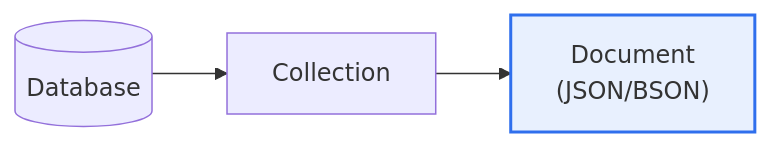
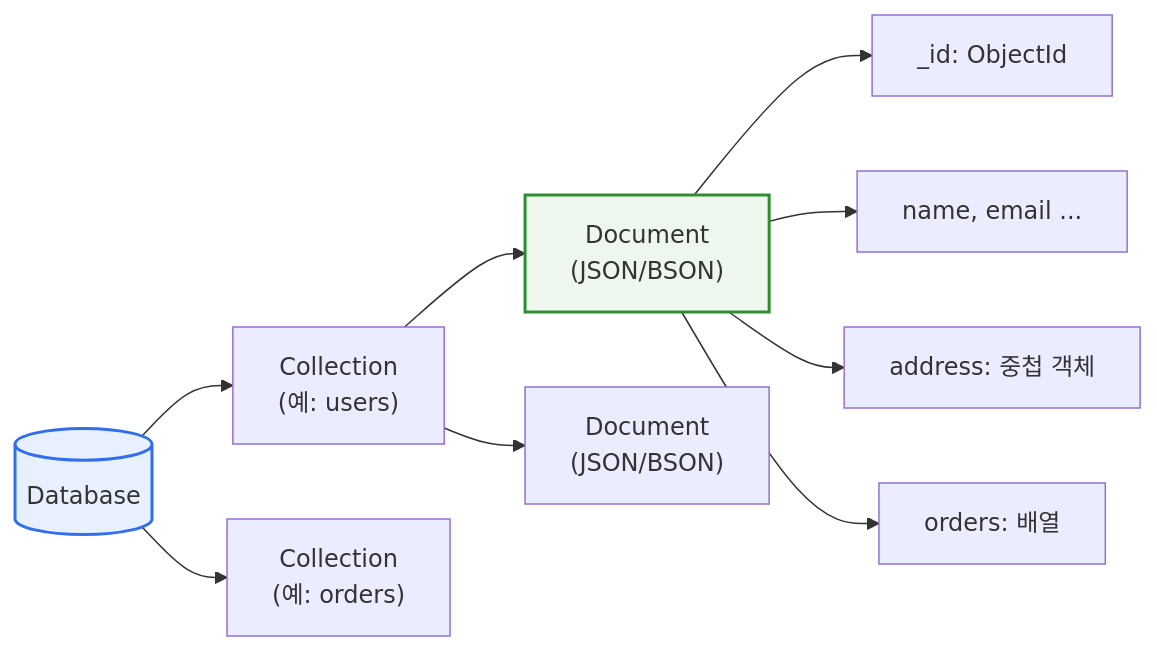
Before and after one commit to coninggu/wjdqhrhksflrltnftk: the first of 2 diagrams in content/mongodb.md, drawn with Mermaid. The commit also changed other lines of this file and 3 other files, not shown here.

````diff
--- a/content/mongodb.md
+++ b/content/mongodb.md
@@ -15,5 +21,13 @@
 ```mermaid
 flowchart LR
-  DB[(Database)] --> C[Collection] --> D["Document<br/>(JSON/BSON)"]
-  style D fill:#e8f0fe,stroke:#2f6fed,stroke-width:2px
+  DB[("Database")] --> C1["Collection<br/>(예: users)"]
+  DB --> C2["Collection<br/>(예: orders)"]
+  C1 --> D1["Document<br/>(JSON/BSON)"]
+  C1 --> D2["Document<br/>(JSON/BSON)"]
+  D1 --> F1["_id: ObjectId"]
+  D1 --> F2["name, email ..."]
+  D1 --> F3["address: 중첩 객체"]
+  D1 --> F4["orders: 배열"]
+  style DB fill:#e8f0fe,stroke:#2f6fed,stroke-width:2px
+  style D1 fill:#eef7ee,stroke:#2f8f2f,stroke-width:2px
 ```
````
